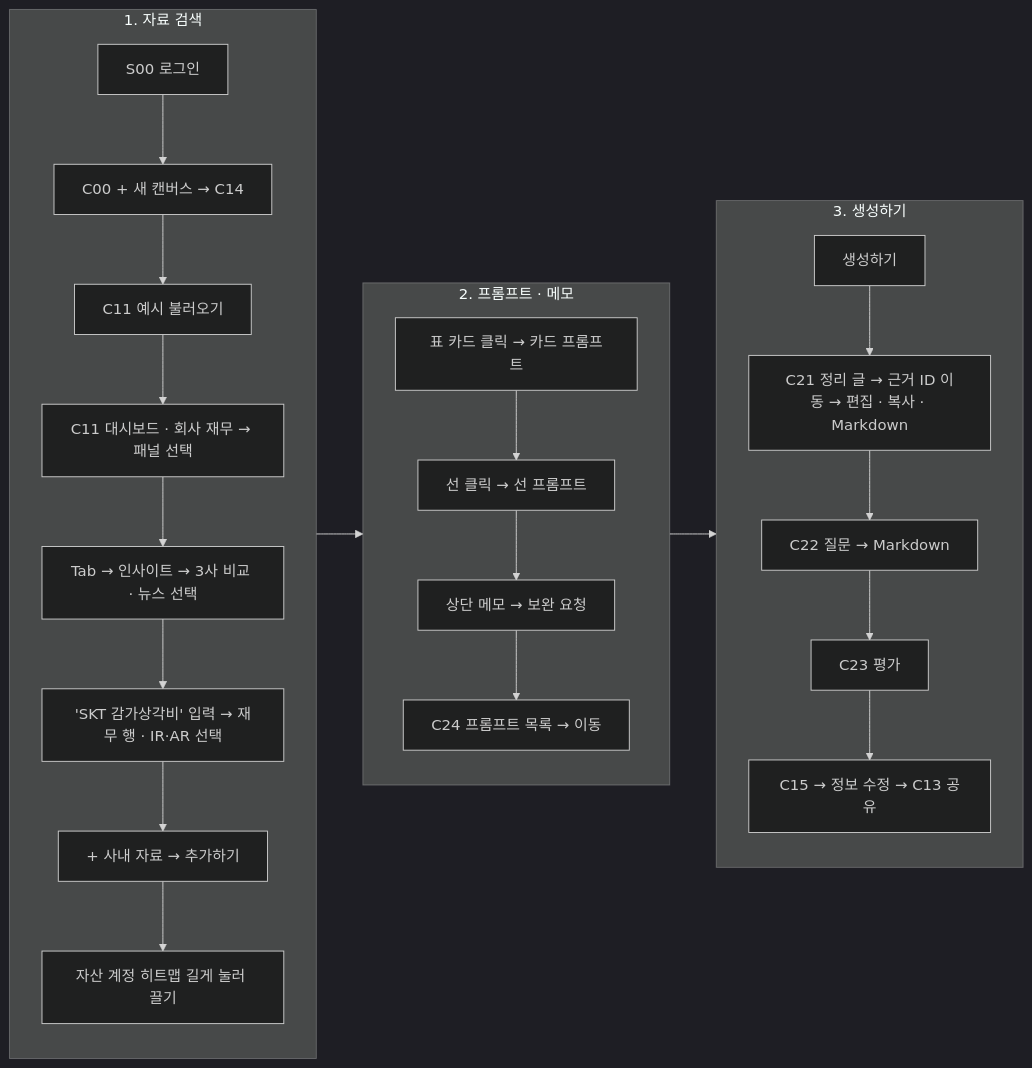
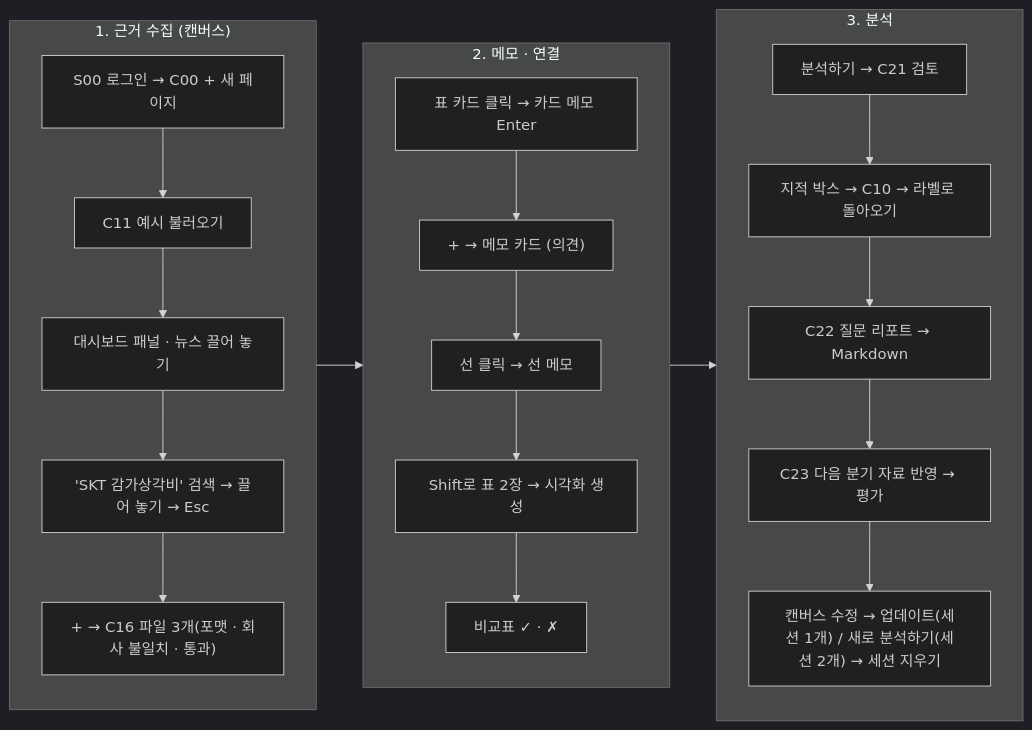
Before and after one commit to vamos-team/telescope: the seventh of 7 diagrams in docs/frontend/ia.md, drawn with Mermaid (dark theme). The commit also changed other lines of this file and 8 other files, not shown here.

````diff
--- a/docs/frontend/ia.md
+++ b/docs/frontend/ia.md
@@ -532,13 +480,13 @@
 ```mermaid
 flowchart LR
-  subgraph D1["1. 자료 검색"]
-    a["S00 로그인"] --> a2["C00 + 새 캔버스 → C14"] --> b["C11 예시 불러오기"] --> c["C11 대시보드 · 회사 재무 → 패널 선택"] --> c2["Tab → 인사이트 → 3사 비교 · 뉴스 선택"] --> c3["'SKT 감가상각비' 입력 → 재무 행 · IR·AR 선택"] --> d["+ 사내 자료 → 추가하기"] --> d2["자산 계정 히트맵 길게 눌러 끌기"]
+  subgraph D1["1. 근거 수집 (캔버스)"]
+    a["S00 로그인 → C00 + 새 페이지"] --> b["C11 예시 불러오기"] --> c["대시보드 패널 · 뉴스 끌어 놓기"] --> c2["'SKT 감가상각비' 검색 → 끌어 놓기 → Esc"] --> d["+ → C16 파일 3개(포맷 · 회사 불일치 · 통과)"]
   end
-  subgraph D2["2. 프롬프트 · 메모"]
-    e["표 카드 클릭 → 카드 프롬프트"] --> f["선 클릭 → 선 프롬프트"] --> g["상단 메모 → 보완 요청"] --> g2["C24 프롬프트 목록 → 이동"]
+  subgraph D2["2. 메모 · 연결"]
+    e["표 카드 클릭 → 카드 메모 Enter"] --> f["+ → 메모 카드 (의견)"] --> g["선 클릭 → 선 메모"] --> h["Shift로 표 2장 → 시각화 생성"] --> h2["비교표 ✓ · ✗"]
   end
-  subgraph D3["3. 생성하기"]
-    h["생성하기"] --> i["C21 정리 글 → 근거 ID 이동 → 편집 · 복사 · Markdown"] --> j["C22 질문 → Markdown"] --> k["C23 평가"] --> l["C15 → 정보 수정 → C13 공유"]
+  subgraph D3["3. 분석"]
+    i["분석하기 → C21 검토"] --> j["지적 박스 → C10 → 라벨로 돌아오기"] --> k["C22 질문 리포트 → Markdown"] --> l["C23 다음 분기 자료 반영 → 평가"] --> m["캔버스 수정 → 업데이트(세션 1개) / 새로 분석하기(세션 2개) → 세션 지우기"]
   end
   D1 --> D2 --> D3
 ```
````
